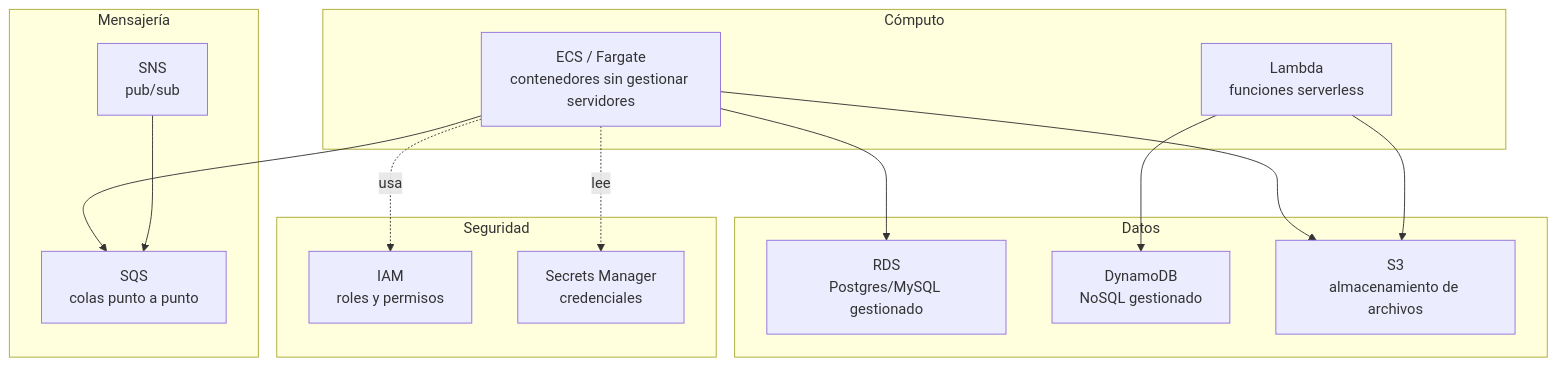
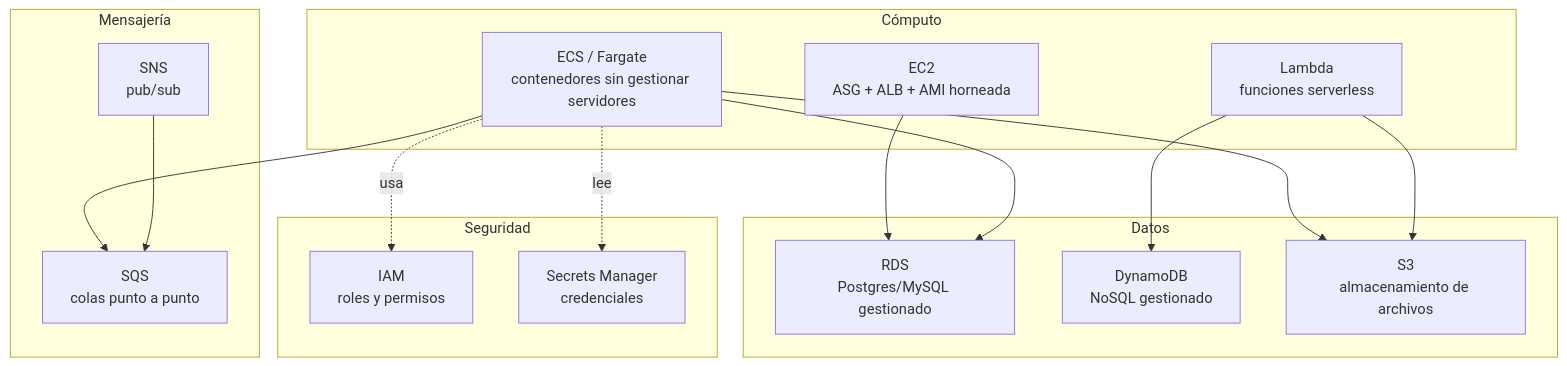
Before and after one commit to edzamo/software-engineering: the diagram in cloud-aws/README.md, drawn with Mermaid. The commit also changed other lines of this file and 16 other files, not shown here.

````diff
--- a/cloud-aws/README.md
+++ b/cloud-aws/README.md
@@ -9,29 +9,31 @@
 ```mermaid
 graph TB
     subgraph compute[" Cómputo "]
+        EC2["EC2<br/>ASG + ALB + AMI horneada"]
         ECS["ECS / Fargate<br/>contenedores sin gestionar servidores"]
         Lambda["Lambda<br/>funciones serverless"]
     end
     subgraph data[" Datos "]
         RDS["RDS<br/>Postgres/MySQL gestionado"]
         Dynamo["DynamoDB<br/>NoSQL gestionado"]
         S3["S3<br/>almacenamiento de archivos"]
     end
     subgraph messaging[" Mensajería "]
         SQS["SQS<br/>colas punto a punto"]
         SNS["SNS<br/>pub/sub"]
     end
     subgraph security[" Seguridad "]
         IAM["IAM<br/>roles y permisos"]
         Secrets["Secrets Manager<br/>credenciales"]
     end
 
+    EC2 --> RDS
     ECS --> RDS
     ECS --> S3
     ECS --> SQS
     Lambda --> S3
     Lambda --> Dynamo
     SNS --> SQS
     ECS -.usa.-> IAM
     ECS -.lee.-> Secrets
 ```
````
